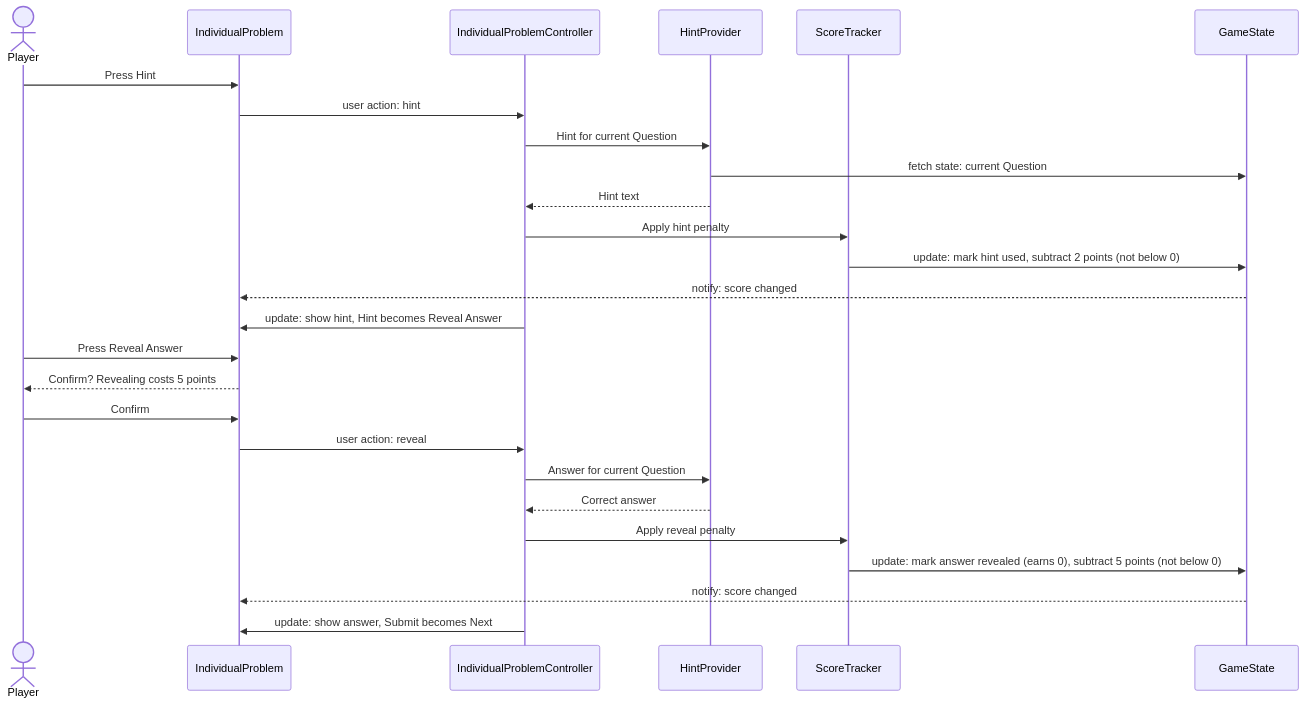
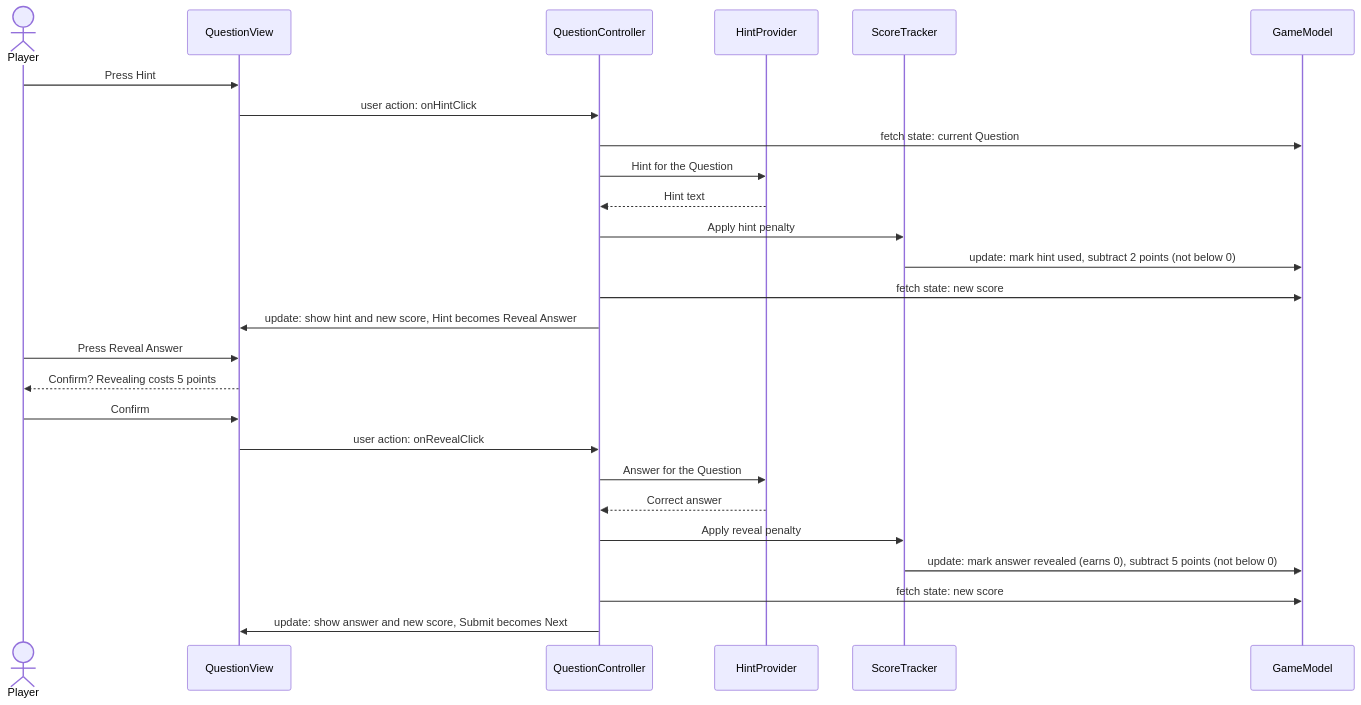
Before and after one commit to moonwav/cse110-group21: the second of 2 diagrams in docs/Architecture.md, drawn with Mermaid. The commit also changed other lines of this file and 2 other files, not shown here.

Commit message:
Updated architecture to reflect MVC

````diff
--- a/docs/Architecture.md
+++ b/docs/Architecture.md
@@ -373,30 +401,30 @@
 ```mermaid
 sequenceDiagram
     actor Player
-    participant IndividualProblem
-    participant IndividualProblemController
+    participant QuestionView
+    participant QuestionController
     participant HintProvider
     participant ScoreTracker
-    participant GameState
+    participant GameModel
 
-    Player->>IndividualProblem: Press Hint
-    IndividualProblem->>IndividualProblemController: user action: hint
-    IndividualProblemController->>HintProvider: Hint for current Question
-    HintProvider->>GameState: fetch state: current Question
-    HintProvider-->>IndividualProblemController: Hint text
-    IndividualProblemController->>ScoreTracker: Apply hint penalty
-    ScoreTracker->>GameState: update: mark hint used, subtract 2 points (not below 0)
-    GameState-->>IndividualProblem: notify: score changed
-    IndividualProblemController->>IndividualProblem: update: show hint, Hint becomes Reveal Answer
+    Player->>QuestionView: Press Hint
+    QuestionView->>QuestionController: user action: onHintClick
+    QuestionController->>GameModel: fetch state: current Question
+    QuestionController->>HintProvider: Hint for the Question
+    HintProvider-->>QuestionController: Hint text
+    QuestionController->>ScoreTracker: Apply hint penalty
+    ScoreTracker->>GameModel: update: mark hint used, subtract 2 points (not below 0)
+    QuestionController->>GameModel: fetch state: new score
+    QuestionController->>QuestionView: update: show hint and new score, Hint becomes Reveal Answer
 
-    Player->>IndividualProblem: Press Reveal Answer
-    IndividualProblem-->>Player: Confirm? Revealing costs 5 points
-    Player->>IndividualProblem: Confirm
-    IndividualProblem->>IndividualProblemController: user action: reveal
-    IndividualProblemController->>HintProvider: Answer for current Question
-    HintProvider-->>IndividualProblemController: Correct answer
-    IndividualProblemController->>ScoreTracker: Apply reveal penalty
-    ScoreTracker->>GameState: update: mark answer revealed (earns 0), subtract 5 points (not below 0)
-    GameState-->>IndividualProblem: notify: score changed
-    IndividualProblemController->>IndividualProblem: update: show answer, Submit becomes Next
+    Player->>QuestionView: Press Reveal Answer
+    QuestionView-->>Player: Confirm? Revealing costs 5 points
+    Player->>QuestionView: Confirm
+    QuestionView->>QuestionController: user action: onRevealClick
+    QuestionController->>HintProvider: Answer for the Question
+    HintProvider-->>QuestionController: Correct answer
+    QuestionController->>ScoreTracker: Apply reveal penalty
+    ScoreTracker->>GameModel: update: mark answer revealed (earns 0), subtract 5 points (not below 0)
+    QuestionController->>GameModel: fetch state: new score
+    QuestionController->>QuestionView: update: show answer and new score, Submit becomes Next
 ```
````
